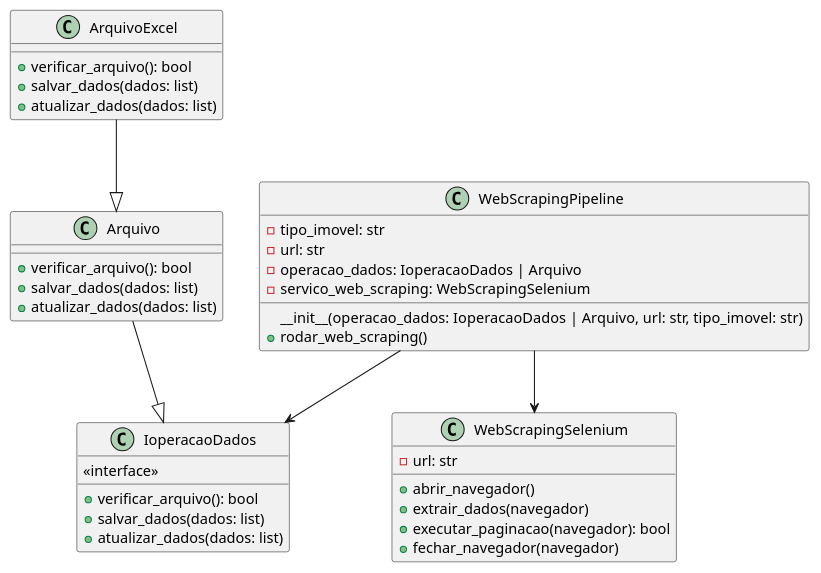
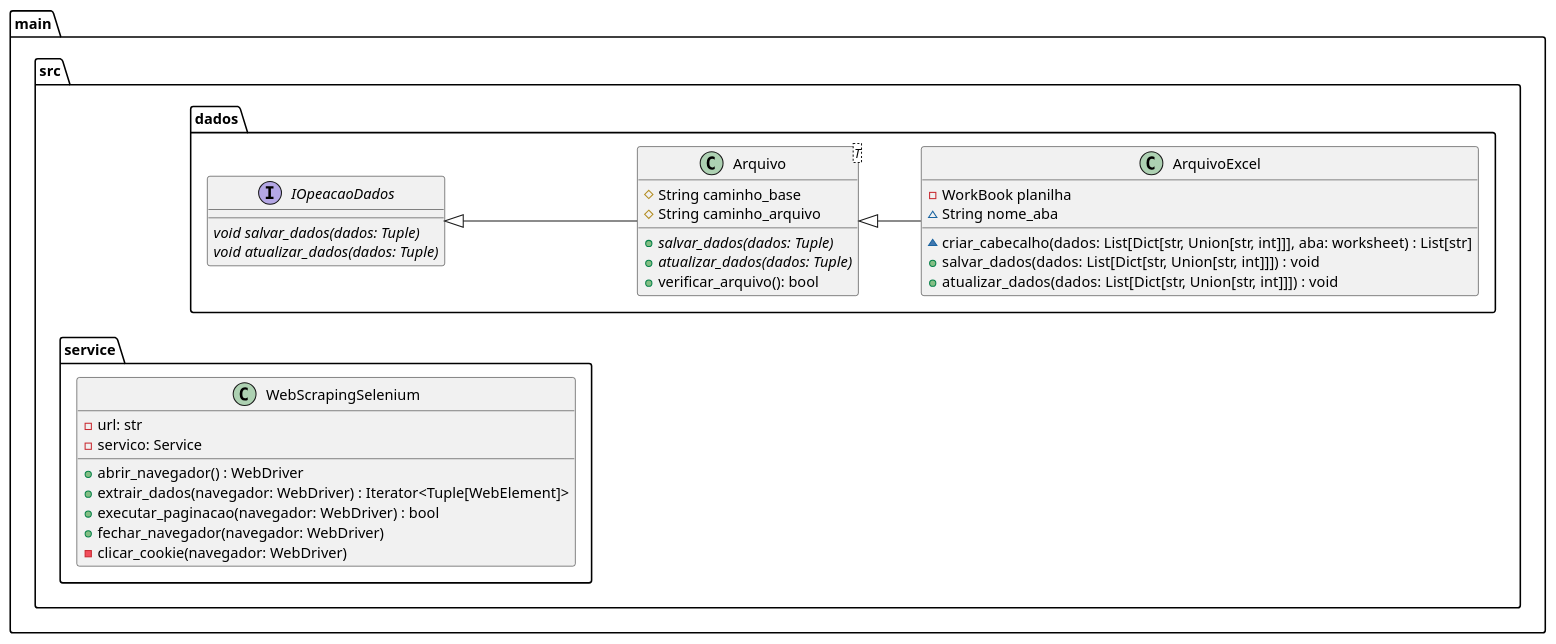
One commit to rodrigorocha1/web_scraping_casas changed the diagram in teste.plantuml. Above: the diagram before and after it, drawn with PlantUML. The commit also changed 2 other files, not shown here.

Commit message:
protótipo diagrama de classe

```diff
--- a/teste.plantuml
+++ b/teste.plantuml
@@ -1,45 +1,46 @@
 @startuml
 
-class WebScrapingPipeline {
-    -tipo_imovel: str
-    -url: str
-    -operacao_dados: IoperacaoDados | Arquivo
-    -servico_web_scraping: WebScrapingSelenium
-    __init__(operacao_dados: IoperacaoDados | Arquivo, url: str, tipo_imovel: str)
-    +rodar_web_scraping()
+package main {
+    left to right direction
+    package src {
+        package dados {
+            interface IOpeacaoDados {
+                void {abstract} salvar_dados(dados: Tuple)
+                void {abstract} atualizar_dados(dados: Tuple)
+            }
+            class Arquivo<T> {
+                # String caminho_base
+                # String caminho_arquivo
+                {abstract} +salvar_dados(dados: Tuple)
+                {abstract} +atualizar_dados(dados: Tuple)
+                +verificar_arquivo(): bool
+            }
+            class ArquivoExcel {
+                - WorkBook planilha
+                ~ String nome_aba 
+                ~ criar_cabecalho(dados: List[Dict[str, Union[str, int]]], aba: worksheet) : List[str]
+                + salvar_dados(dados: List[Dict[str, Union[str, int]]]) : void
+                + atualizar_dados(dados: List[Dict[str, Union[str, int]]]) : void
+            }
+            IOpeacaoDados <|-- Arquivo 
+            Arquivo <|-- ArquivoExcel
+
+        }
+
+        package service {
+            class WebScrapingSelenium {
+                - url: str
+                - servico: Service
+                + abrir_navegador() : WebDriver
+                + extrair_dados(navegador: WebDriver) : Iterator<Tuple[WebElement]>
+                + executar_paginacao(navegador: WebDriver) : bool
+                + fechar_navegador(navegador: WebDriver)
+                - clicar_cookie(navegador: WebDriver)
+            }
+
+        
+        }
+    }
 }
 
-class IoperacaoDados {
-    <<interface>>
-    +verificar_arquivo(): bool
-    +salvar_dados(dados: list)
-    +atualizar_dados(dados: list)
-}
-
-class Arquivo {
-    +verificar_arquivo(): bool
-    +salvar_dados(dados: list)
-    +atualizar_dados(dados: list)
-}
-
-class ArquivoExcel {
-    +verificar_arquivo(): bool
-    +salvar_dados(dados: list)
-    +atualizar_dados(dados: list)
-}
-
-ArquivoExcel --|> Arquivo
-Arquivo --|> IoperacaoDados
-
-class WebScrapingSelenium {
-    -url: str
-    +abrir_navegador()
-    +extrair_dados(navegador)
-    +executar_paginacao(navegador): bool
-    +fechar_navegador(navegador)
-}
-
-WebScrapingPipeline --> IoperacaoDados
-WebScrapingPipeline --> WebScrapingSelenium
-
 @enduml
```
